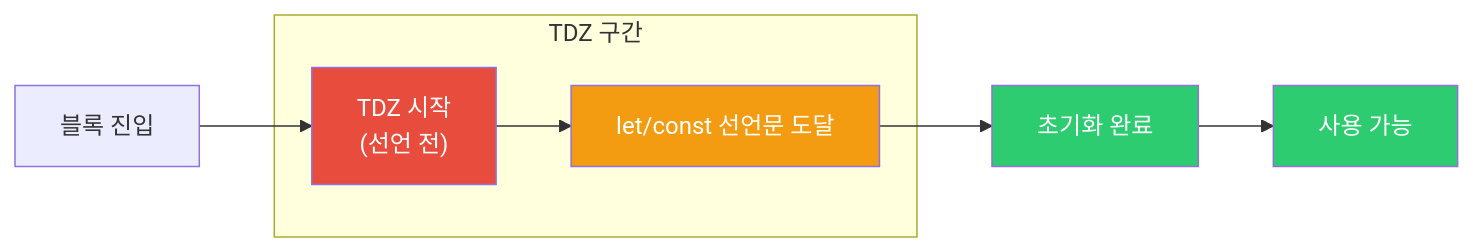
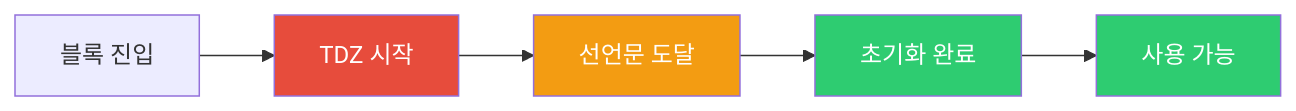
Before and after one commit to yjkim2015/yjkim2015.github.io: the fourth of 9 diagrams in _posts/frontend/2026-05-02-js-var-let-const.md, drawn with Mermaid. The commit also changed other lines of this file and 155 other files, not shown here.

First line of the commit message:
Mermaid 전면 수정: subgraph 제거, participant/노드/줄수 축소 (342블록)

````diff
--- a/_posts/frontend/2026-05-02-js-var-let-const.md
+++ b/_posts/frontend/2026-05-02-js-var-let-const.md
@@ -145,15 +145,11 @@
 ```mermaid
 flowchart LR
-    A["블록 진입"] --> B["TDZ 시작<br>(선언 전)"]
-    B --> C["let/const 선언문 도달"]
+    A["블록 진입"] --> B["TDZ 시작"]
+    B --> C["선언문 도달"]
     C --> D["초기화 완료"]
     D --> E["사용 가능"]
-    subgraph "TDZ 구간"
-        B
-        C
-    end
     style B fill:#e74c3c,color:#fff
     style C fill:#f39c12,color:#fff
     style D fill:#2ecc71,color:#fff
     style E fill:#2ecc71,color:#fff
 ```
````
